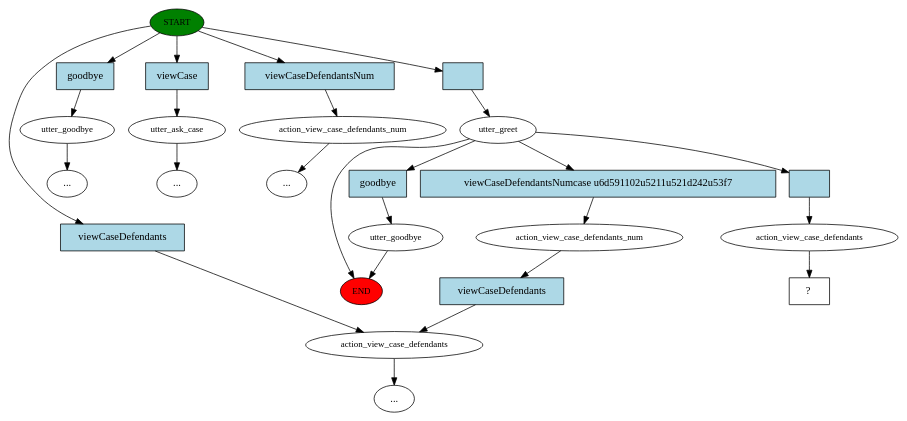
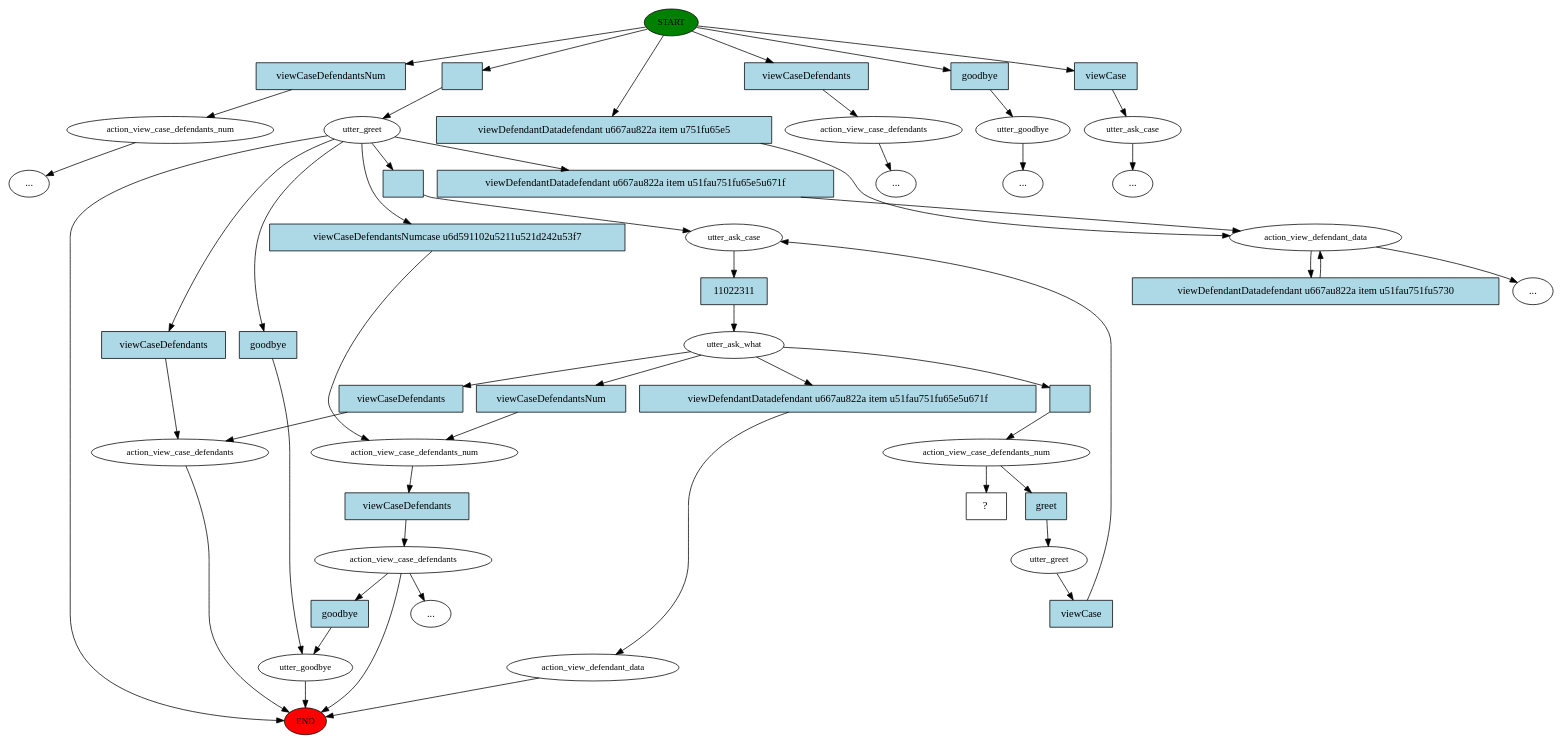
Before and after one commit to bing-zhub/RasaChatBot: the diagram in story_graph.dot, drawn with Graphviz. The commit also changed 21 other files, not shown here.

```diff
--- a/story_graph.dot
+++ b/story_graph.dot
@@ -1,51 +1,101 @@
 digraph  {
 0 [class="start active", fillcolor=green, fontsize=12, label=START, style=filled];
 "-1" [class=end, fillcolor=red, fontsize=12, label=END, style=filled];
-1 [class="", fontsize=12, label=action_view_case_defendants];
-2 [class="", fontsize=12, label=utter_goodbye];
-"-4" [class=ellipsis, label="..."];
-3 [class="", fontsize=12, label=utter_ask_case];
-"-5" [class=ellipsis, label="..."];
-4 [class="", fontsize=12, label=action_view_case_defendants_num];
+1 [class="", fontsize=12, label=action_view_case_defendants_num];
+"-3" [class=ellipsis, label="..."];
+2 [class=active, fontsize=12, label=utter_greet];
+4 [class=active, fontsize=12, label=utter_ask_case];
+5 [class=active, fontsize=12, label=utter_ask_what];
+6 [class="", fontsize=12, label=action_view_defendant_data];
+10 [class="", fontsize=12, label=action_view_case_defendants_num];
+11 [class="", fontsize=12, label=action_view_case_defendants];
+12 [class="", fontsize=12, label=utter_goodbye];
+14 [class="", fontsize=12, label=action_view_case_defendants];
+16 [class="", fontsize=12, label=action_view_defendant_data];
+19 [class="", fontsize=12, label=action_view_case_defendants];
 "-6" [class=ellipsis, label="..."];
-5 [class=active, fontsize=12, label=utter_greet];
-6 [class="", fontsize=12, label=utter_goodbye];
-10 [class="", fontsize=12, label=action_view_case_defendants_num];
+25 [class="", fontsize=12, label=utter_goodbye];
 "-7" [class=ellipsis, label="..."];
-13 [class=active, fontsize=12, label=action_view_case_defendants];
-14 [class="intent dashed active", label="  ?  ", shape=rect];
-15 [class=intent, fillcolor=lightblue, label=viewCaseDefendants, shape=rect, style=filled];
-16 [class=intent, fillcolor=lightblue, label=goodbye, shape=rect, style=filled];
-17 [class=intent, fillcolor=lightblue, label=viewCase, shape=rect, style=filled];
-18 [class=intent, fillcolor=lightblue, label=viewCaseDefendantsNum, shape=rect, style=filled];
-19 [class="intent active", fillcolor=lightblue, label="", shape=rect, style=filled];
-20 [class=intent, fillcolor=lightblue, label=goodbye, shape=rect, style=filled];
-21 [class=intent, fillcolor=lightblue, label="viewCaseDefendantsNumcase u6d591102u5211u521d242u53f7", shape=rect, style=filled];
-22 [class="intent active", fillcolor=lightblue, label="", shape=rect, style=filled];
-23 [class=intent, fillcolor=lightblue, label=viewCaseDefendants, shape=rect, style=filled];
-0 -> 15  [class="", key=0];
-0 -> 16  [class="", key=0];
-0 -> 17  [class="", key=0];
-0 -> 18  [class="", key=0];
-0 -> 19  [class=active, key=0];
-1 -> "-7"  [class="", key=NONE, label=""];
-2 -> "-4"  [class="", key=NONE, label=""];
-3 -> "-5"  [class="", key=NONE, label=""];
-4 -> "-6"  [class="", key=NONE, label=""];
-5 -> "-1"  [class="", key=NONE, label=""];
-5 -> 20  [class="", key=0];
-5 -> 21  [class="", key=0];
-5 -> 22  [class=active, key=0];
+"-9" [class=ellipsis, label="..."];
+34 [class="", fontsize=12, label=utter_ask_case];
+"-10" [class=ellipsis, label="..."];
+43 [class=active, fontsize=12, label=action_view_case_defendants_num];
+44 [class="", fontsize=12, label=utter_greet];
+"-11" [class=ellipsis, label="..."];
+53 [class="intent dashed active", label="  ?  ", shape=rect];
+54 [class=intent, fillcolor=lightblue, label=viewCaseDefendantsNum, shape=rect, style=filled];
+55 [class="intent active", fillcolor=lightblue, label="", shape=rect, style=filled];
+56 [class=intent, fillcolor=lightblue, label=viewCaseDefendants, shape=rect, style=filled];
+57 [class=intent, fillcolor=lightblue, label=goodbye, shape=rect, style=filled];
+58 [class=intent, fillcolor=lightblue, label=viewCase, shape=rect, style=filled];
+59 [class=intent, fillcolor=lightblue, label="viewDefendantDatadefendant u667au822a item u751fu65e5", shape=rect, style=filled];
+60 [class="intent active", fillcolor=lightblue, label="", shape=rect, style=filled];
+61 [class=intent, fillcolor=lightblue, label=viewCaseDefendants, shape=rect, style=filled];
+62 [class=intent, fillcolor=lightblue, label="viewDefendantDatadefendant u667au822a item u51fau751fu65e5u671f", shape=rect, style=filled];
+63 [class=intent, fillcolor=lightblue, label="viewCaseDefendantsNumcase u6d591102u5211u521d242u53f7", shape=rect, style=filled];
+64 [class=intent, fillcolor=lightblue, label=goodbye, shape=rect, style=filled];
+65 [class="intent active", fillcolor=lightblue, label=11022311, shape=rect, style=filled];
+66 [class=intent, fillcolor=lightblue, label="viewDefendantDatadefendant u667au822a item u51fau751fu65e5u671f", shape=rect, style=filled];
+67 [class=intent, fillcolor=lightblue, label=viewCaseDefendantsNum, shape=rect, style=filled];
+68 [class="intent active", fillcolor=lightblue, label="", shape=rect, style=filled];
+69 [class=intent, fillcolor=lightblue, label=viewCaseDefendants, shape=rect, style=filled];
+70 [class=intent, fillcolor=lightblue, label=viewCaseDefendants, shape=rect, style=filled];
+71 [class=intent, fillcolor=lightblue, label=goodbye, shape=rect, style=filled];
+72 [class=intent, fillcolor=lightblue, label="viewDefendantDatadefendant u667au822a item u51fau751fu5730", shape=rect, style=filled];
+73 [class=intent, fillcolor=lightblue, label=greet, shape=rect, style=filled];
+74 [class=intent, fillcolor=lightblue, label=viewCase, shape=rect, style=filled];
+0 -> 54  [class="", key=0];
+0 -> 55  [class=active, key=0];
+0 -> 56  [class="", key=0];
+0 -> 57  [class="", key=0];
+0 -> 58  [class="", key=0];
+0 -> 59  [class="", key=0];
+1 -> "-3"  [class="", key=NONE, label=""];
+2 -> "-1"  [class="", key=NONE, label=""];
+2 -> 60  [class=active, key=0];
+2 -> 61  [class="", key=0];
+2 -> 62  [class="", key=0];
+2 -> 63  [class="", key=0];
+2 -> 64  [class="", key=0];
+4 -> 65  [class=active, key=0];
+5 -> 66  [class="", key=0];
+5 -> 67  [class="", key=0];
+5 -> 68  [class=active, key=0];
+5 -> 69  [class="", key=0];
 6 -> "-1"  [class="", key=NONE, label=""];
-10 -> 23  [class="", key=0];
-13 -> 14  [class=active, key=NONE, label=""];
-15 -> 1  [class="", key=0];
-16 -> 2  [class="", key=0];
-17 -> 3  [class="", key=0];
-18 -> 4  [class="", key=0];
-19 -> 5  [class=active, key=0];
-20 -> 6  [class="", key=0];
-21 -> 10  [class="", key=0];
-22 -> 13  [class=active, key=0];
-23 -> 1  [class="", key=0];
+10 -> 70  [class="", key=0];
+11 -> "-1"  [class="", key=NONE, label=""];
+11 -> "-11"  [class="", key=NONE, label=""];
+11 -> 71  [class="", key=0];
+12 -> "-1"  [class="", key=NONE, label=""];
+14 -> "-1"  [class="", key=NONE, label=""];
+16 -> "-9"  [class="", key=NONE, label=""];
+16 -> 72  [class="", key=0];
+19 -> "-6"  [class="", key=NONE, label=""];
+25 -> "-7"  [class="", key=NONE, label=""];
+34 -> "-10"  [class="", key=NONE, label=""];
+43 -> 53  [class=active, key=NONE, label=""];
+43 -> 73  [class="", key=0];
+44 -> 74  [class="", key=0];
+54 -> 1  [class="", key=0];
+55 -> 2  [class=active, key=0];
+56 -> 19  [class="", key=0];
+57 -> 25  [class="", key=0];
+58 -> 34  [class="", key=0];
+59 -> 16  [class="", key=0];
+60 -> 4  [class=active, key=0];
+61 -> 14  [class="", key=0];
+62 -> 16  [class="", key=0];
+63 -> 10  [class="", key=0];
+64 -> 12  [class="", key=0];
+65 -> 5  [class=active, key=0];
+66 -> 6  [class="", key=0];
+67 -> 10  [class="", key=0];
+68 -> 43  [class=active, key=0];
+69 -> 14  [class="", key=0];
+70 -> 11  [class="", key=0];
+71 -> 12  [class="", key=0];
+72 -> 16  [class="", key=0];
+73 -> 44  [class="", key=0];
+74 -> 4  [class="", key=0];
 }
```
